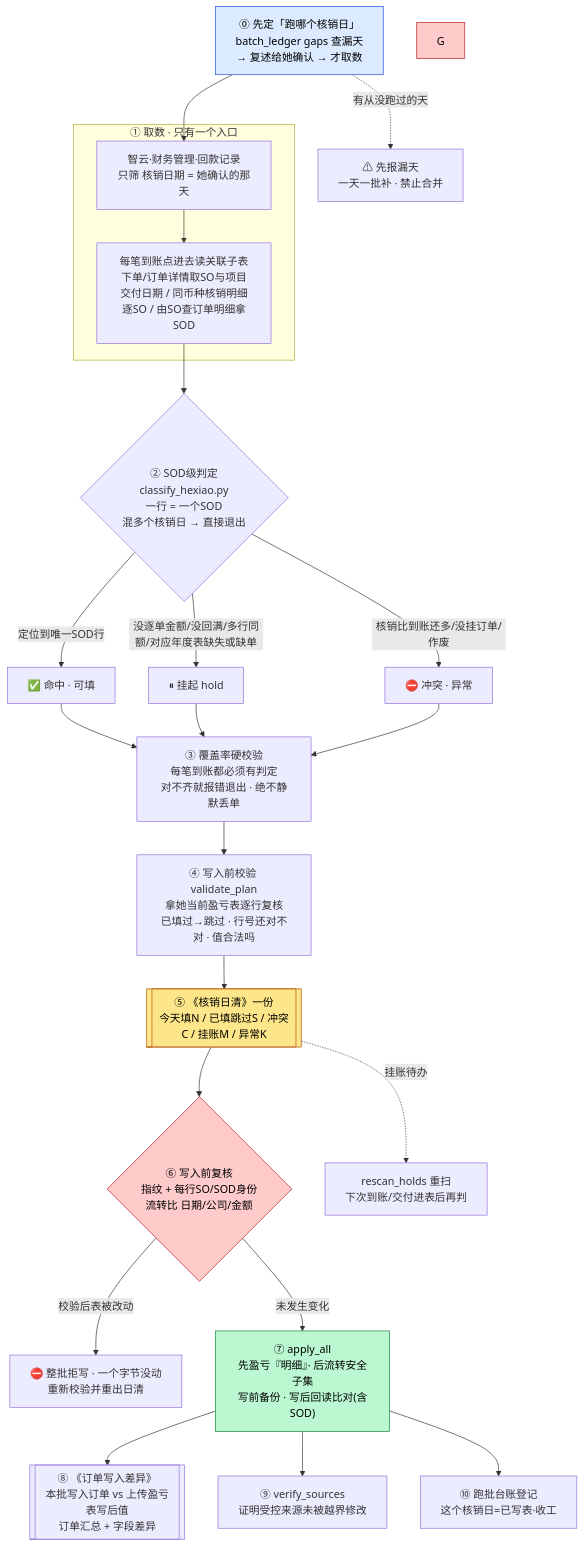
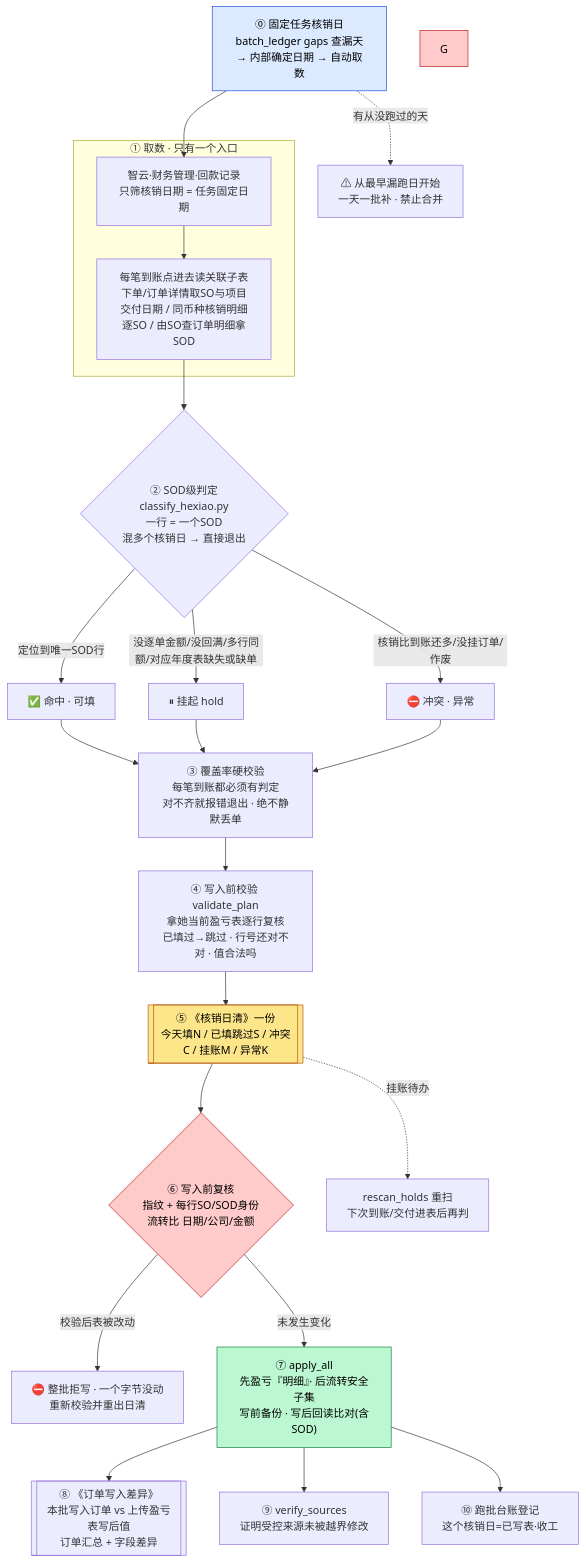
The first of 2 diagrams in sources/finance-skills/skills/ar-hexiao-daily/README.md (ErenYeager2002/financial_pj), drawn with Mermaid before and after one commit. The commit also changed other lines of this file and 16 other files, not shown here.

````diff
--- a/sources/finance-skills/skills/ar-hexiao-daily/README.md
+++ b/sources/finance-skills/skills/ar-hexiao-daily/README.md
@@ -56,30 +54,30 @@
 ```mermaid
 flowchart TD
-    D0["⓪ 先定「跑哪个核销日」<br/>batch_ledger gaps 查漏天<br/>→ 复述给她确认 → 才取数"] --> A
-    D0 -.->|"有从没跑过的天"| GAP["⚠ 先报漏天<br/>一天一批补 · 禁止合并"]
+    D0["⓪ 固定任务核销日<br/>batch_ledger gaps 查漏天<br/>→ 内部确定日期 → 自动取数"] --> A
+    D0 -.->|"有从没跑过的天"| GAP["⚠ 从最早漏跑日开始<br/>一天一批补 · 禁止合并"]
     subgraph 取数["① 取数 · 只有一个入口"]
-        A["智云·财务管理·回款记录<br/>只筛 核销日期 = 她确认的那天"] --> B["每笔到账点进去读关联子表<br/>下单/订单详情取SO与项目交付日期 / 同币种核销明细逐SO / 由SO查订单明细拿SOD"]
+        A["智云·财务管理·回款记录<br/>只筛核销日期 = 任务固定日期"] --> B["每笔到账点进去读关联子表<br/>下单/订单详情取SO与项目交付日期 / 同币种核销明细逐SO / 由SO查订单明细拿SOD"]
     end
     B --> C{"② SOD级判定<br/>classify_hexiao.py<br/>一行 = 一个SOD<br/>混多个核销日 → 直接退出"}
     C -->|"定位到唯一SOD行"| HIT["✅ 命中 · 可填"]
     C -->|"没逐单金额/没回满/多行同额/对应年度表缺失或缺单"| HOLD["⏸ 挂起 hold"]
     C -->|"核销比到账还多/没挂订单/作废"| EXC["⛔ 冲突 · 异常"]
     HIT --> COV
     HOLD --> COV
     EXC --> COV
     COV["③ 覆盖率硬校验<br/>每笔到账都必须有判定<br/>对不齐就报错退出 · 绝不静默丢单"] --> V["④ 写入前校验 validate_plan<br/>拿她当前盈亏表逐行复核<br/>已填过→跳过 · 行号还对不对 · 值合法吗"]
     V --> W[["⑤ 《核销日清》一份<br/>今天填N / 已填跳过S / 冲突C / 挂账M / 异常K"]]
     W --> PRE{"⑥ 写入前复核<br/>指纹 + 每行SO/SOD身份<br/>流转比 日期/公司/金额"}
     PRE -->|"校验后表被改动"| REDO["⛔ 整批拒写 · 一个字节没动<br/>重新校验并重出日清"]
     PRE -->|"未发生变化"| AP["⑦ apply_all<br/>先盈亏『明细』· 后流转安全子集<br/>写前备份 · 写后回读比对(含SOD)"]
     AP --> DIFF[["⑧ 《订单写入差异》<br/>本批写入订单 vs 上传盈亏表写后值<br/>订单汇总 + 字段差异"]]
     AP --> VS["⑨ verify_sources<br/>证明受控来源未被越界修改"]
     AP --> BL["⑩ 跑批台账登记<br/>这个核销日=已写表·收工"]
     W -.->|"挂账待办"| R["rescan_holds 重扫<br/>下次到账/交付进表后再判"]
 
     style D0 fill:#dbeafe,stroke:#1d4ed8,color:#000
     style W fill:#fde68a,stroke:#b45309,color:#000
     style G fill:#fecaca,stroke:#b91c1c,color:#000
     style PRE fill:#fecaca,stroke:#b91c1c,color:#000
     style AP fill:#bbf7d0,stroke:#15803d,color:#000
 ```
````
